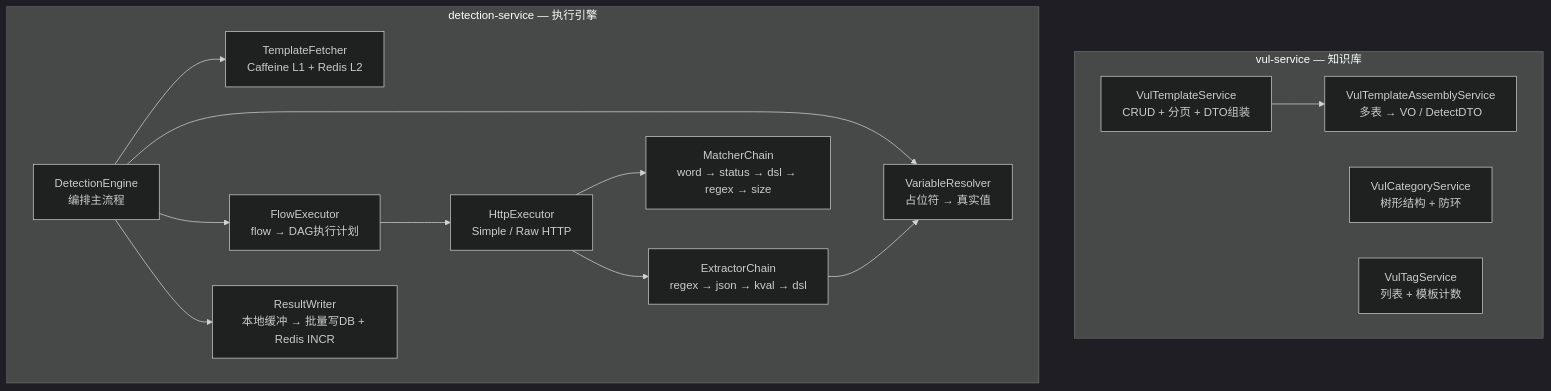
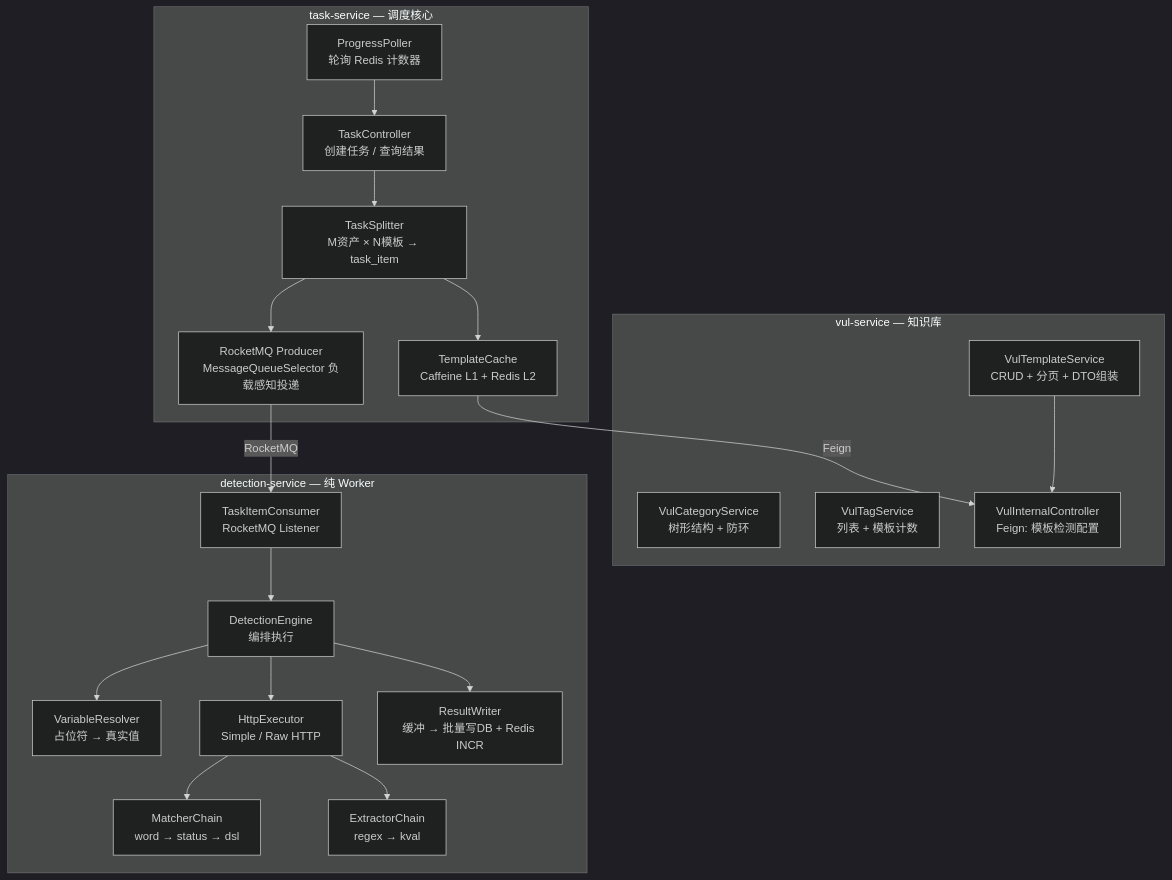
Before and after one commit to spojchil/hawkeye-cloud: the second of 3 diagrams in docs/漏洞和检测接口与架构设计.md, drawn with Mermaid (dark theme). The commit also changed other lines of this file, not shown here.

First line of the commit message:
docs: 更新架构设计文档，对齐 task-service 为调度核心 + detection 为纯 Worker

````diff
--- a/docs/漏洞和检测接口与架构设计.md
+++ b/docs/漏洞和检测接口与架构设计.md
@@ -725,30 +730,41 @@
 ```mermaid
 graph TD
     subgraph VulService["vul-service — 知识库"]
         TplSvc["VulTemplateService<br/>CRUD + 分页 + DTO组装"]
         CatSvc["VulCategoryService<br/>树形结构 + 防环"]
         TagSvc["VulTagService<br/>列表 + 模板计数"]
-        AsmSvc["VulTemplateAssemblyService<br/>多表 → VO / DetectDTO"]
-        TplSvc --> AsmSvc
+        Internal["VulInternalController<br/>Feign: 模板检测配置"]
+        TplSvc --> Internal
     end
 
-    subgraph DetectService["detection-service — 执行引擎"]
-        Engine["DetectionEngine<br/>编排主流程"]
-        Fetcher["TemplateFetcher<br/>Caffeine L1 + Redis L2"]
+    subgraph TaskService["task-service — 调度核心"]
+        TaskAPI["TaskController<br/>创建任务 / 查询结果"]
+        Split["TaskSplitter<br/>M资产 × N模板 → task_item"]
+        Cache["TemplateCache<br/>Caffeine L1 + Redis L2"]
+        Producer["RocketMQ Producer<br/>MessageQueueSelector 负载感知投递"]
+        Poller["ProgressPoller<br/>轮询 Redis 计数器"]
+        TaskAPI --> Split
+        Split --> Cache
+        Split --> Producer
+        Poller --> TaskAPI
+    end
+
+    subgraph DetectService["detection-service — 纯 Worker"]
+        Consumer["TaskItemConsumer<br/>RocketMQ Listener"]
+        Engine["DetectionEngine<br/>编排执行"]
         VarRes["VariableResolver<br/>占位符 → 真实值"]
-        FlowEx["FlowExecutor<br/>flow → DAG执行计划"]
         HttpEx["HttpExecutor<br/>Simple / Raw HTTP"]
-        Matcher["MatcherChain<br/>word → status → dsl → regex → size"]
-        Extractor["ExtractorChain<br/>regex → json → kval → dsl"]
-        Writer["ResultWriter<br/>本地缓冲 → 批量写DB + Redis INCR"]
-
-        Engine --> Fetcher
+        Matcher["MatcherChain<br/>word → status → dsl"]
+        Extractor["ExtractorChain<br/>regex → kval"]
+        Writer["ResultWriter<br/>缓冲 → 批量写DB + Redis INCR"]
+        Consumer --> Engine
         Engine --> VarRes
-        Engine --> FlowEx
-        FlowEx --> HttpEx
+        Engine --> HttpEx
         HttpEx --> Matcher
         HttpEx --> Extractor
-        Extractor --> VarRes
         Engine --> Writer
     end
+
+    Cache -->|"Feign"| Internal
+    Producer -->|"RocketMQ"| Consumer
 ```
````
